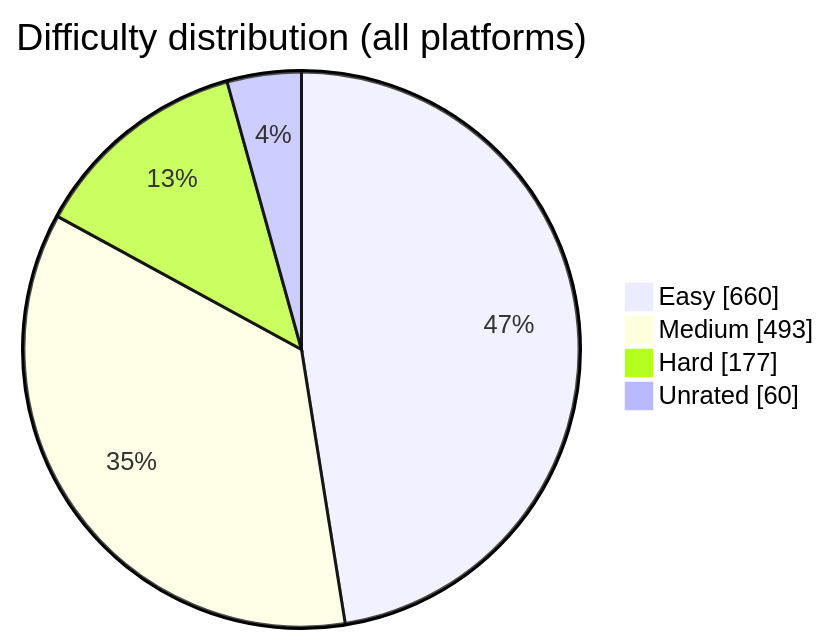
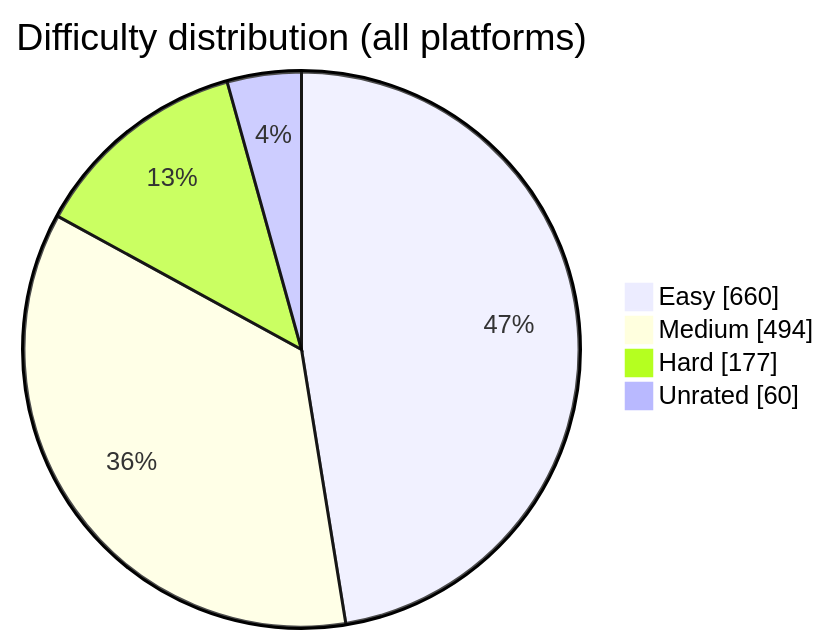
The diagram in README.md (BuildbyArindam/Daily-Coding-Log), drawn with Mermaid before and after one commit. The commit also changed other lines of this file, not shown here.

````diff
--- a/README.md
+++ b/README.md
@@ -93,7 +93,7 @@
 ```mermaid
 pie showData title Difficulty distribution (all platforms)
     "Easy" : 660
-    "Medium" : 493
+    "Medium" : 494
     "Hard" : 177
     "Unrated" : 60
 ```
````
